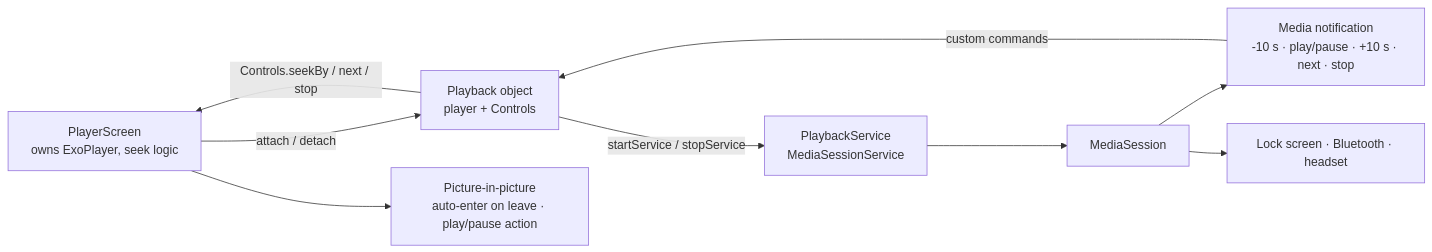
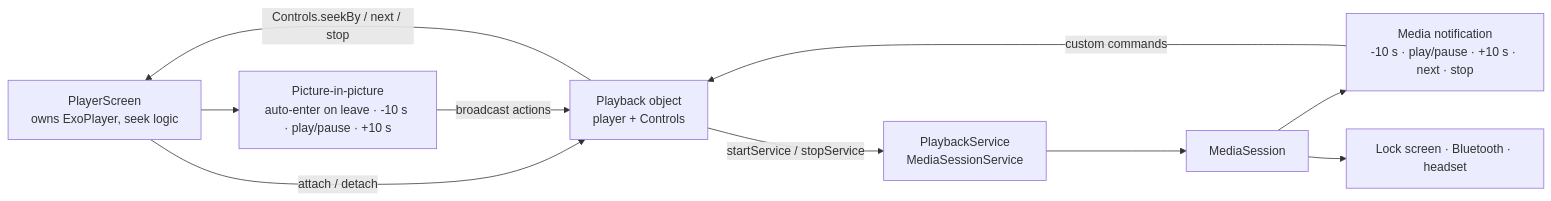
Before and after one commit to aiyu-ayaan/Kinema: the third of 4 diagrams in development/docs/android.md, drawn with Mermaid. The commit also changed other lines of this file and 5 other files, not shown here.

````diff
--- a/development/docs/android.md
+++ b/development/docs/android.md
@@ -98,11 +98,12 @@
 ```mermaid
 flowchart LR
   Screen[PlayerScreen<br/>owns ExoPlayer, seek logic] -->|attach / detach| Hand[Playback object<br/>player + Controls]
   Hand -->|startService / stopService| Svc[PlaybackService<br/>MediaSessionService]
   Svc --> Session[MediaSession]
   Session --> Notif[Media notification<br/>-10 s · play/pause · +10 s · next · stop]
   Session --> Sys[Lock screen · Bluetooth · headset]
   Notif -->|custom commands| Hand
   Hand -->|Controls.seekBy / next / stop| Screen
-  Screen --> PiP[Picture-in-picture<br/>auto-enter on leave · play/pause action]
+  Screen --> PiP[Picture-in-picture<br/>auto-enter on leave · -10 s · play/pause · +10 s]
+  PiP -->|broadcast actions| Hand
 ```
````
